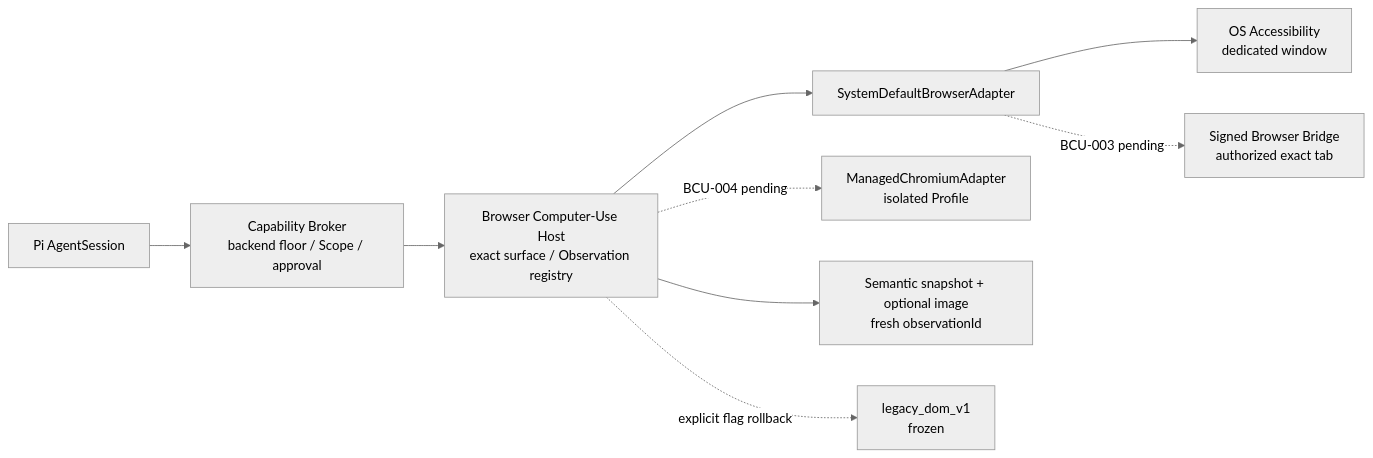
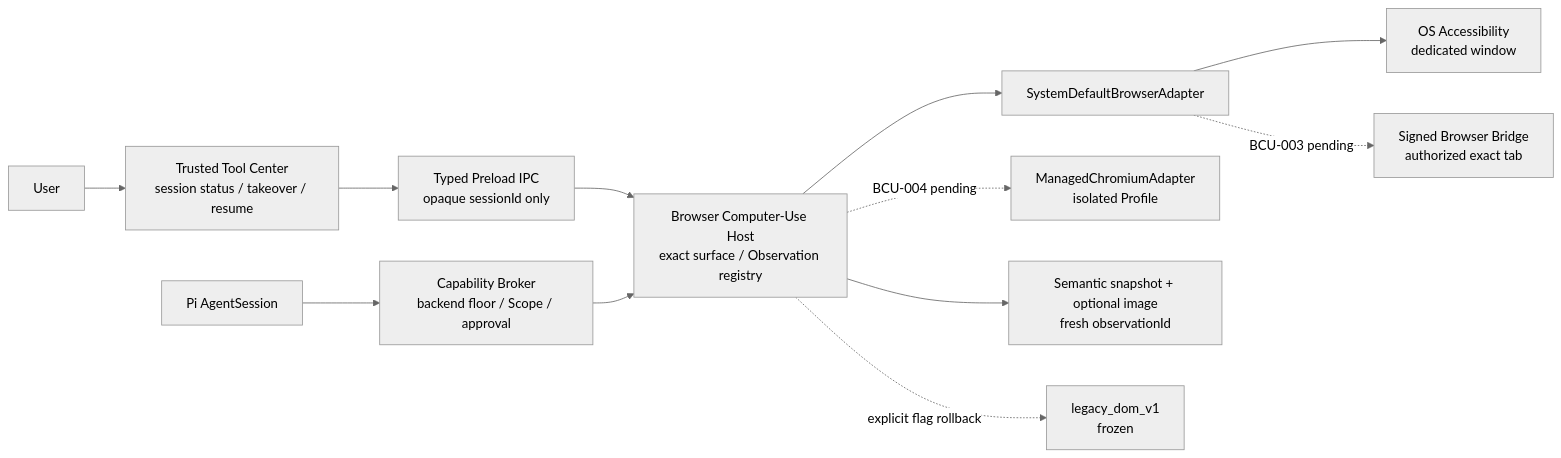
One commit to openerserver/openerx changed the seventh of 13 diagrams in docs/v2/14-overall-architecture.md. Above: the diagram before and after it, drawn with Mermaid (neutral theme). The commit also changed other lines of this file and 26 other files, not shown here.

Commit message:
feat(desktop): add trusted browser takeover flow

````diff
--- a/docs/v2/14-overall-architecture.md
+++ b/docs/v2/14-overall-architecture.md
@@ -308,11 +308,14 @@
 ```mermaid
 flowchart LR
+  USER[User] --> UI[Trusted Tool Center<br/>session status / takeover / resume]
+  UI --> PRELOAD[Typed Preload IPC<br/>opaque sessionId only]
+  PRELOAD --> HOST
   PI[Pi AgentSession] --> BROKER[Capability Broker<br/>backend floor / Scope / approval]
   BROKER --> HOST[Browser Computer-Use Host<br/>exact surface / Observation registry]
   HOST --> SYSTEM[SystemDefaultBrowserAdapter]
   SYSTEM --> AX[OS Accessibility<br/>dedicated window]
   SYSTEM -. BCU-003 pending .-> BRIDGE[Signed Browser Bridge<br/>authorized exact tab]
   HOST -. BCU-004 pending .-> MANAGED[ManagedChromiumAdapter<br/>isolated Profile]
   HOST --> OBS[Semantic snapshot + optional image<br/>fresh observationId]
   HOST -. explicit flag rollback .-> LEGACY[legacy_dom_v1<br/>frozen]
 ```
````
